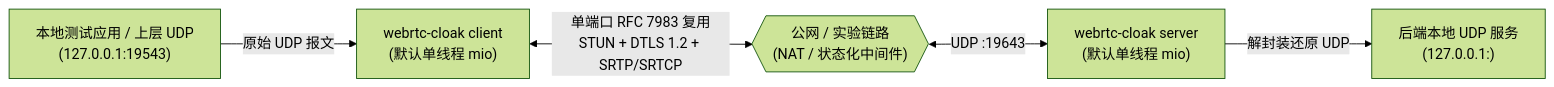
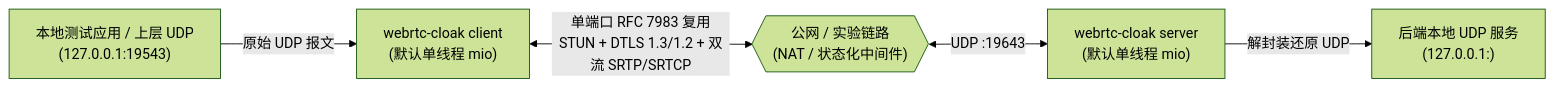
The diagram in README.md (MUMU-DADA/webrtc-cloak), drawn with Mermaid (forest theme) before and after one commit. The commit also changed other lines of this file and 9 other files, not shown here.

Commit message:
v0.3.6: DTLS 1.3/1.2 auto-sense, dual-SSRC SRTP, anti-downgrade & security hardening

````diff
--- a/README.md
+++ b/README.md
@@ -59,7 +59,7 @@
 ```mermaid
 flowchart LR
     App["本地测试应用 / 上层 UDP<br/>(127.0.0.1:19543)"] -->|"原始 UDP 报文"| Cli["webrtc-cloak client<br/>(默认单线程 mio)"]
-    Cli <-->|"单端口 RFC 7983 复用<br/>STUN + DTLS 1.2 + SRTP/SRTCP"| Net{{"公网 / 实验链路<br/>(NAT / 状态化中间件)"}}
+    Cli <-->|"单端口 RFC 7983 复用<br/>STUN + DTLS 1.3/1.2 + 双流 SRTP/SRTCP"| Net{{"公网 / 实验链路<br/>(NAT / 状态化中间件)"}}
     Net <-->|"UDP :19643"| Srv["webrtc-cloak server<br/>(默认单线程 mio)"]
     Srv -->|"解封装还原 UDP"| Backend["后端本地 UDP 服务<br/>(127.0.0.1:<BACKEND>)"]
 ```
````
